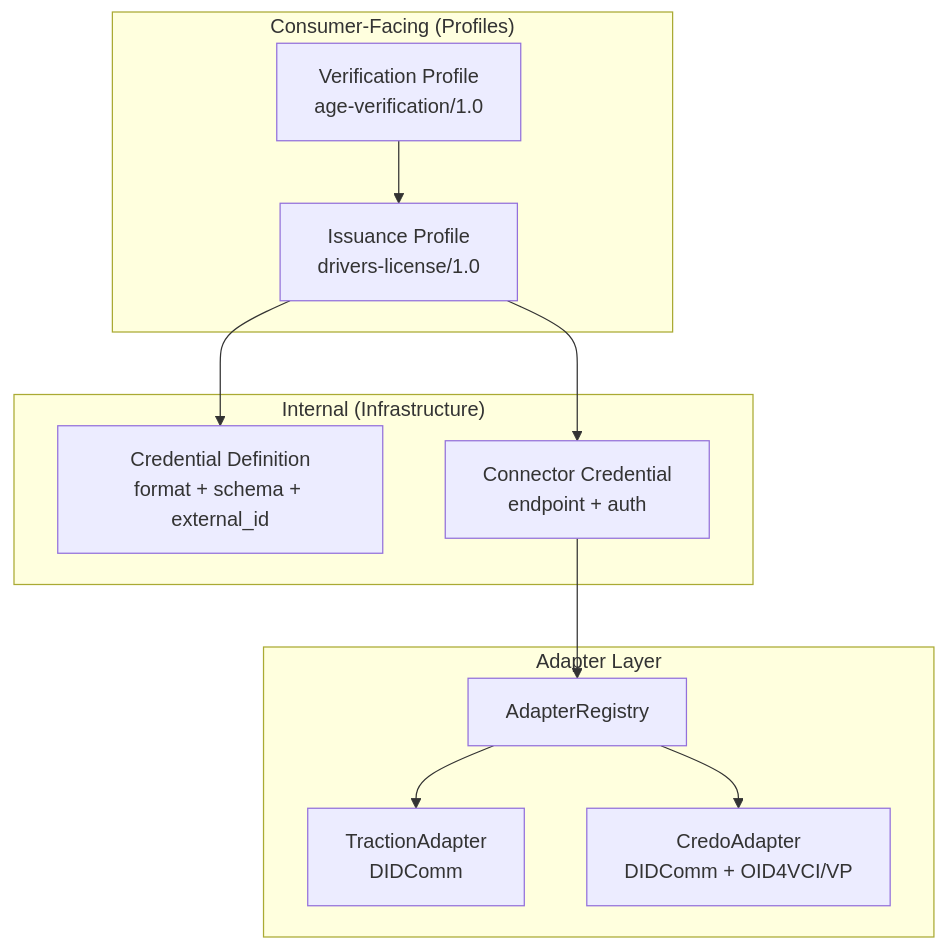
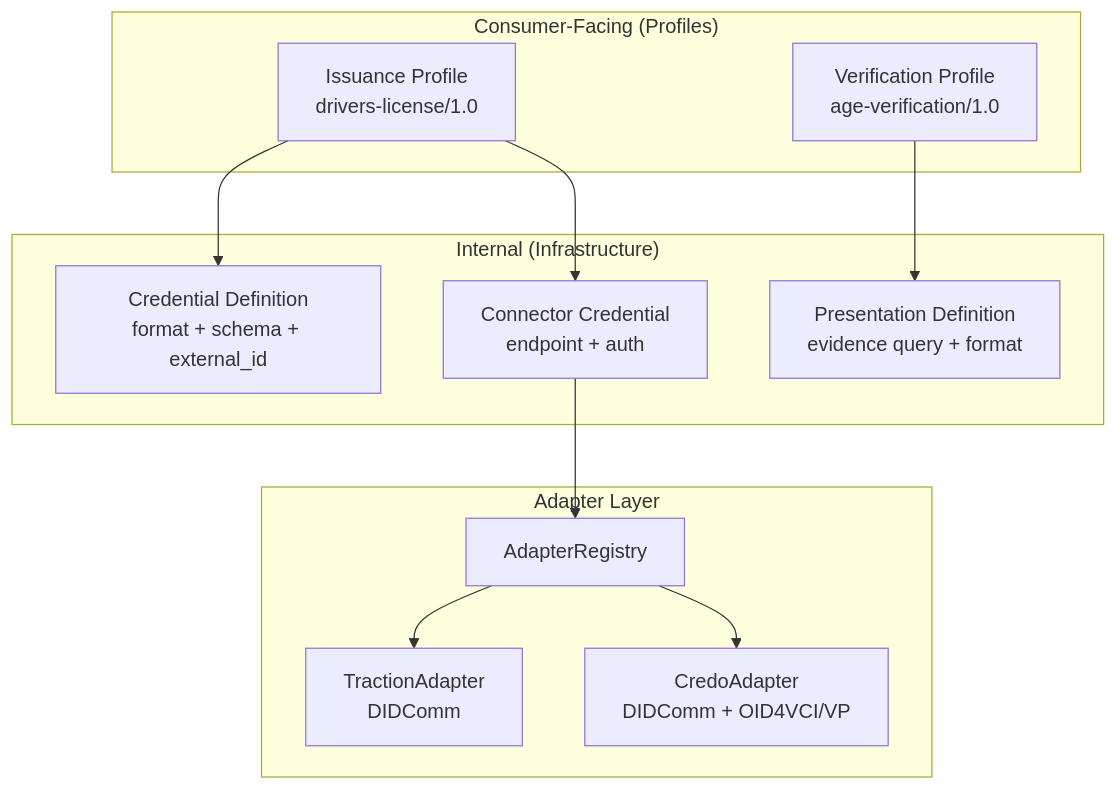
One commit to bcgov/digital-trust-common-service changed the fifth of 22 diagrams in docs/ARCHITECTURE.md. Above: the diagram before and after it, drawn with Mermaid. The commit also changed other lines of this file and 41 other files, not shown here.

````diff
--- a/docs/ARCHITECTURE.md
+++ b/docs/ARCHITECTURE.md
@@ -440,25 +460,26 @@
 ```mermaid
 graph TD
     subgraph "Consumer-Facing (Profiles)"
         IP[Issuance Profile<br/>drivers-license/1.0]
         VP[Verification Profile<br/>age-verification/1.0]
     end
 
     subgraph "Internal (Infrastructure)"
         CD[Credential Definition<br/>format + schema + external_id]
+        PD[Presentation Definition<br/>evidence query + format]
         CC[Connector Credential<br/>endpoint + auth]
     end
 
     subgraph "Adapter Layer"
         AR[AdapterRegistry]
         TA[TractionAdapter<br/>DIDComm]
         CA[CredoAdapter<br/>DIDComm + OID4VCI/VP]
     end
 
     IP --> CD
     IP --> CC
-    VP --> IP
+    VP --> PD
     CC --> AR
     AR --> TA
     AR --> CA
 ```
````
